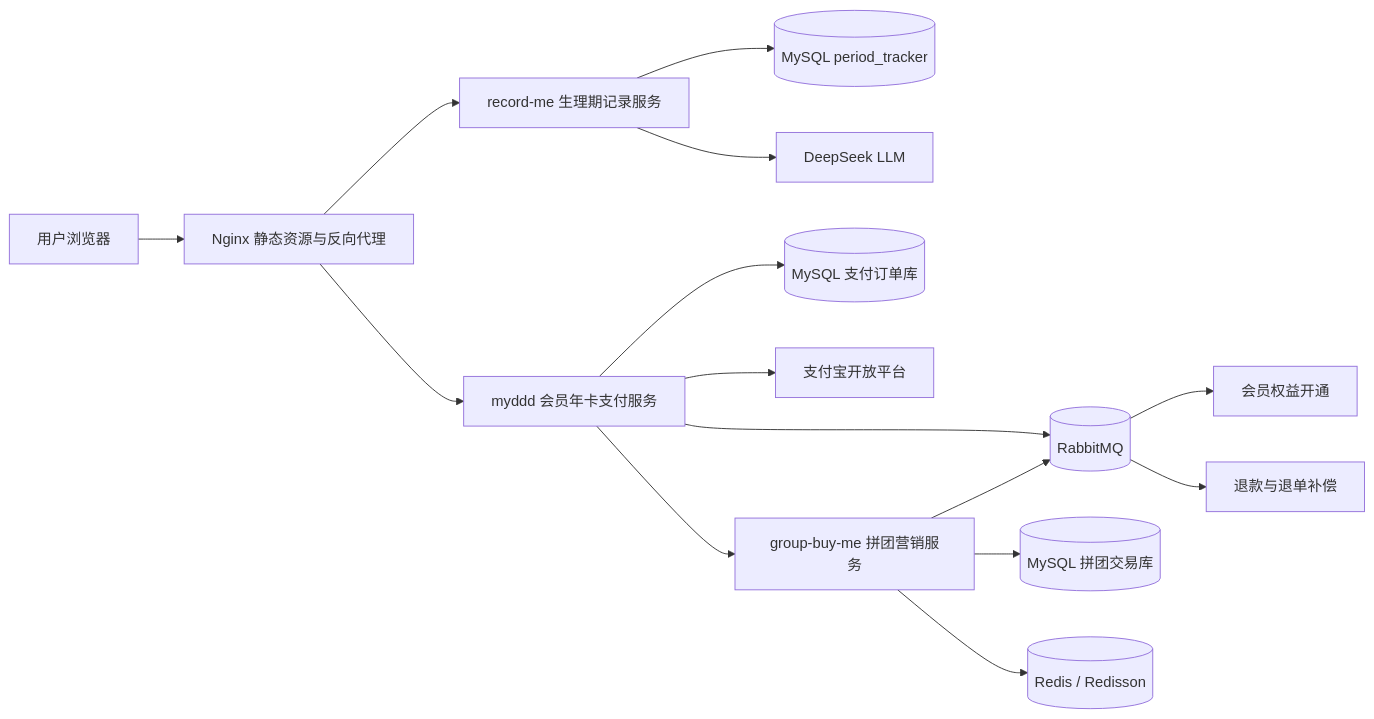
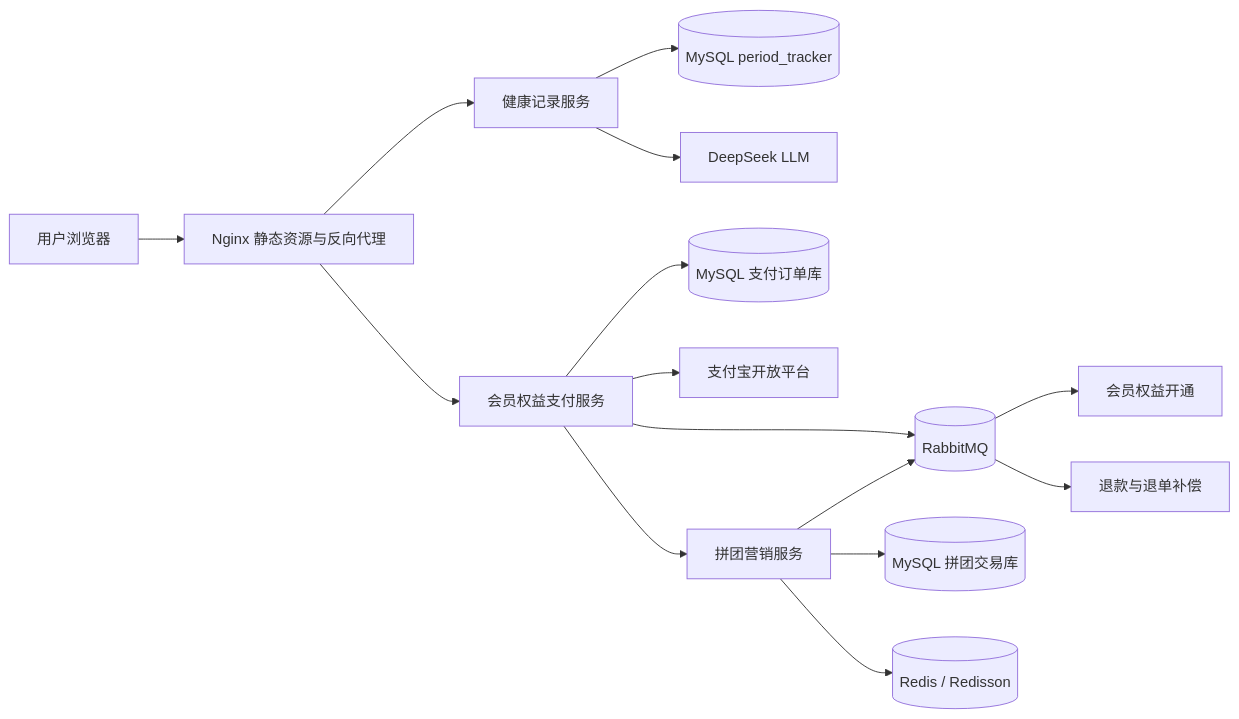
Before and after one commit to returnjun/record-me: the diagram in README.md, drawn with Mermaid. The commit also changed other lines of this file and 146 other files, not shown here.

````diff
--- a/README.md
+++ b/README.md
@@ -93,20 +166,20 @@
 ```mermaid
 flowchart LR
     U[用户浏览器] --> N[Nginx 静态资源与反向代理]
-    N --> R[record-me 生理期记录服务]
+    N --> R[健康记录服务]
     R --> DB1[(MySQL period_tracker)]
     R --> AI[DeepSeek LLM]
 
-    N --> P[myddd 会员年卡支付服务]
+    N --> P[会员权益支付服务]
     P --> DB2[(MySQL 支付订单库)]
     P --> ALI[支付宝开放平台]
     P --> MQ[(RabbitMQ)]
-    P --> G[group-buy-me 拼团营销服务]
+    P --> G[拼团营销服务]
 
     G --> DB3[(MySQL 拼团交易库)]
     G --> REDIS[(Redis / Redisson)]
     G --> MQ
 
     MQ --> RIGHT[会员权益开通]
     MQ --> REFUND[退款与退单补偿]
 ```
````
